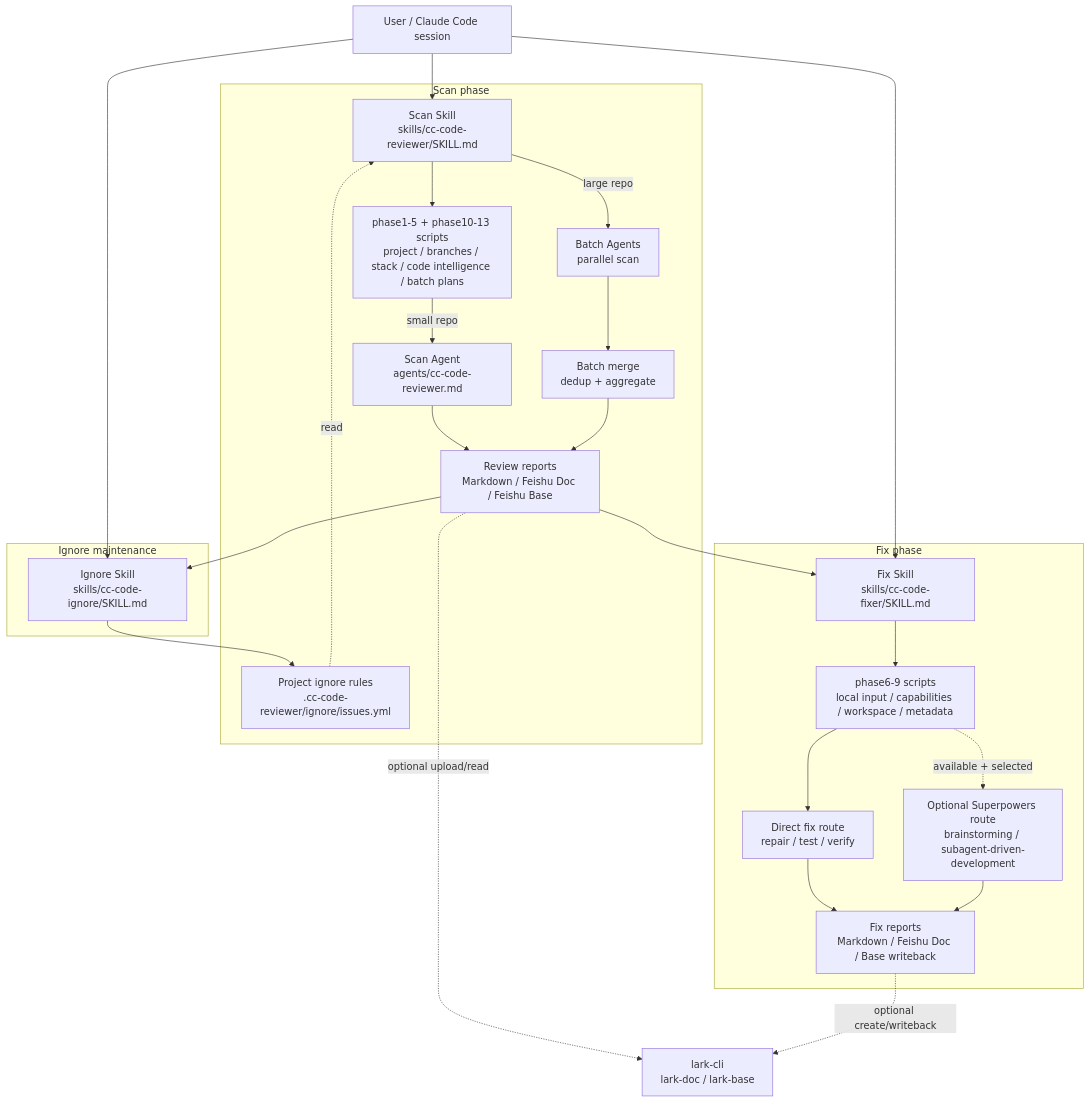
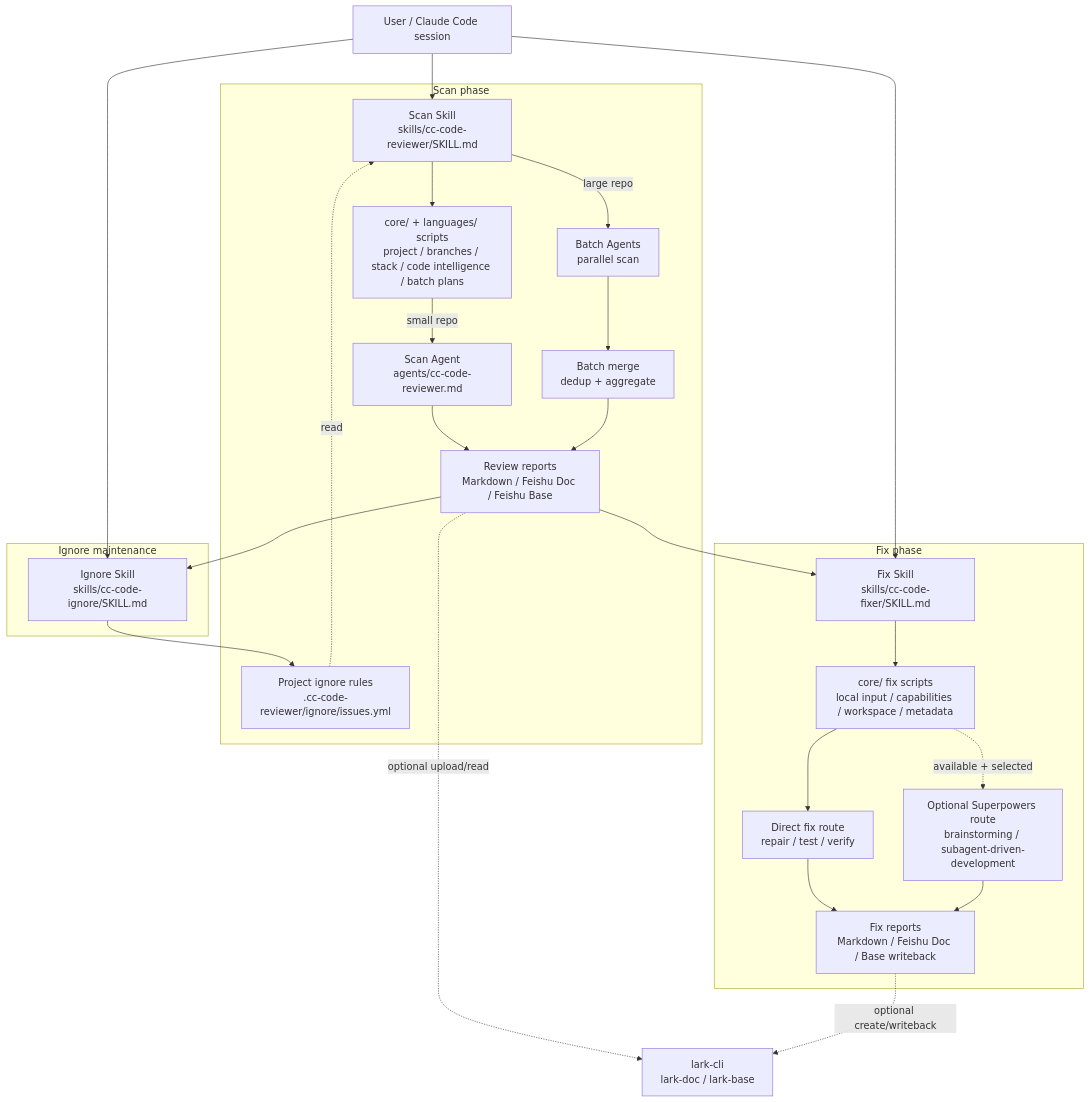
One commit to ataskite/cc-code-reviewer changed the diagram in AGENTS.md. Above: the diagram before and after it, drawn with Mermaid. The commit also changed other lines of this file and 8 other files, not shown here.

````diff
--- a/AGENTS.md
+++ b/AGENTS.md
@@ -17,45 +17,45 @@
 ```mermaid
 flowchart TD
     User["User / Claude Code session"]
     ReviewSkill["Scan Skill<br/>skills/cc-code-reviewer/SKILL.md"]
     IgnoreSkill["Ignore Skill<br/>skills/cc-code-ignore/SKILL.md"]
     IgnoreRules["Project ignore rules<br/>.cc-code-reviewer/ignore/issues.yml"]
     FixSkill["Fix Skill<br/>skills/cc-code-fixer/SKILL.md"]
     ReviewAgent["Scan Agent<br/>agents/cc-code-reviewer.md"]
     Reports["Review reports<br/>Markdown / Feishu Doc / Feishu Base"]
     FixReports["Fix reports<br/>Markdown / Feishu Doc / Base writeback"]
     Lark["lark-cli<br/>lark-doc / lark-base"]
     DirectFix["Direct fix route<br/>repair / test / verify"]
     OptionalSuperpowers["Optional Superpowers route<br/>brainstorming / subagent-driven-development"]
 
     subgraph ScanPhase["Scan phase"]
-      ReviewSkill --> ScanScripts["phase1-5 + phase10-13 scripts<br/>project / branches / stack / code intelligence / batch plans"]
+      ReviewSkill --> ScanScripts["core/ + languages/ scripts<br/>project / branches / stack / code intelligence / batch plans"]
       IgnoreRules -.read.-> ReviewSkill
       ScanScripts -->|"small repo"| ReviewAgent
       ReviewAgent --> Reports
       BatchMerge["Batch merge<br/>dedup + aggregate"]
       ReviewSkill -->|"large repo"| BatchAgents["Batch Agents<br/>parallel scan"]
       BatchAgents --> BatchMerge
       BatchMerge --> Reports
     end
 
     subgraph IgnorePhase["Ignore maintenance"]
       Reports --> IgnoreSkill
       IgnoreSkill --> IgnoreRules
     end
 
     subgraph FixPhase["Fix phase"]
       Reports --> FixSkill
-      FixSkill --> FixScripts["phase6-9 scripts<br/>local input / capabilities / workspace / metadata"]
+      FixSkill --> FixScripts["core/ fix scripts<br/>local input / capabilities / workspace / metadata"]
       FixScripts --> DirectFix
       FixScripts -.available + selected.-> OptionalSuperpowers
       DirectFix --> FixReports
       OptionalSuperpowers --> FixReports
     end
 
     User --> ReviewSkill
     User --> IgnoreSkill
     User --> FixSkill
     Reports -.optional upload/read.-> Lark
     FixReports -.optional create/writeback.-> Lark
 ```
````
